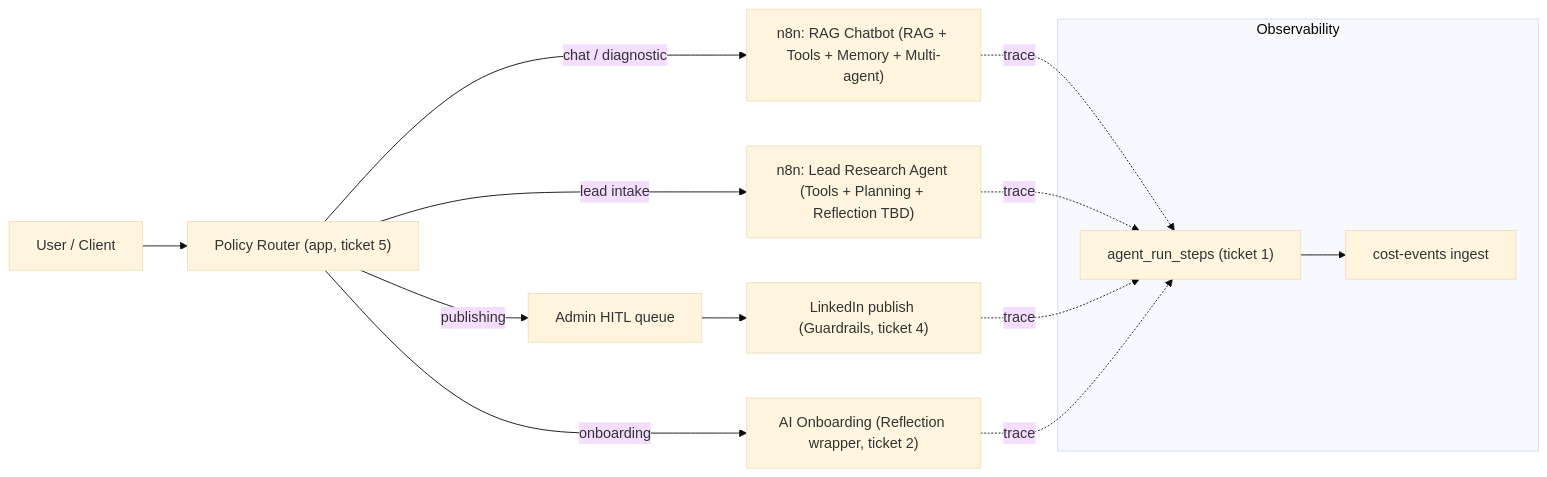
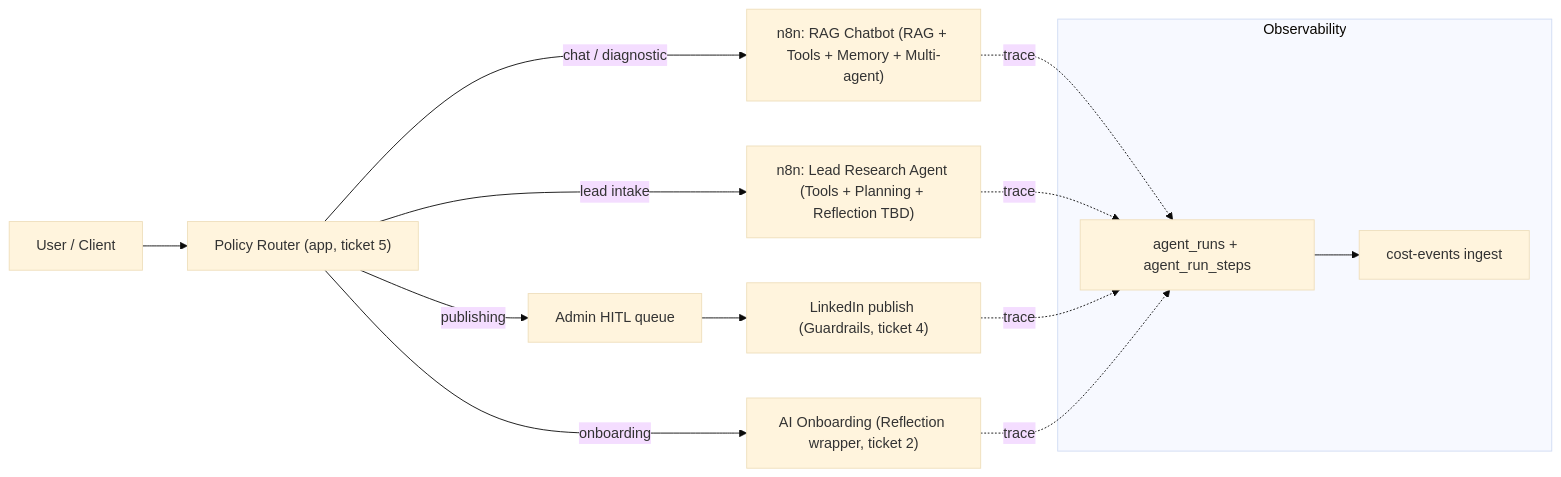
One commit to vsillah/Portfolio changed the diagram in docs/agentic-patterns.md. Above: the diagram before and after it, drawn with Mermaid (base theme). The commit also changed other lines of this file and 3 other files, not shown here.

````diff
--- a/docs/agentic-patterns.md
+++ b/docs/agentic-patterns.md
@@ -475,20 +493,20 @@
 ```mermaid
 flowchart LR
   user["User / Client"] --> policyRouter["Policy Router (app, ticket 5)"]
   policyRouter -->|"chat / diagnostic"| chatbotRAG["n8n: RAG Chatbot (RAG + Tools + Memory + Multi-agent)"]
   policyRouter -->|"publishing"| hitl["Admin HITL queue"]
   hitl --> linkedinPublish["LinkedIn publish (Guardrails, ticket 4)"]
   policyRouter -->|"lead intake"| leadQual["n8n: Lead Research Agent (Tools + Planning + Reflection TBD)"]
   policyRouter -->|"onboarding"| onboarding["AI Onboarding (Reflection wrapper, ticket 2)"]
 
   subgraph observability [Observability]
     costEvents["cost-events ingest"]
-    runTrace["agent_run_steps (ticket 1)"]
+    runTrace["agent_runs + agent_run_steps"]
   end
 
   chatbotRAG -. trace .-> runTrace
   leadQual -. trace .-> runTrace
   linkedinPublish -. trace .-> runTrace
   onboarding -. trace .-> runTrace
   runTrace --> costEvents
 ```
````
